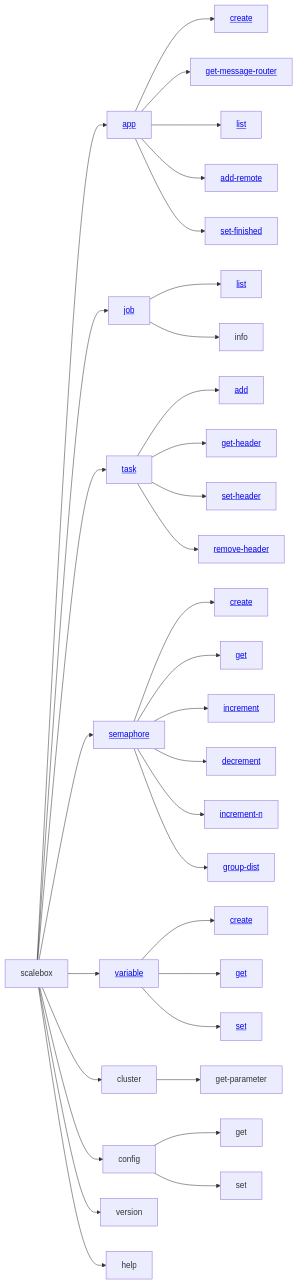
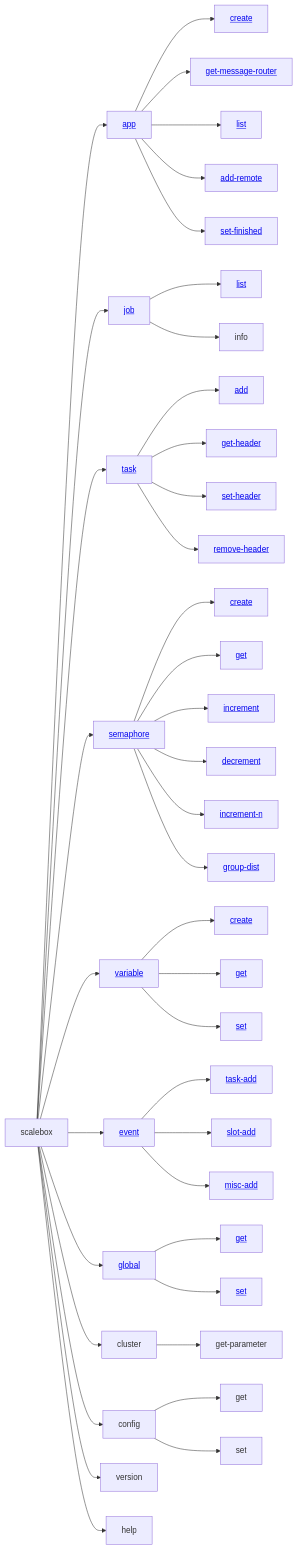
The diagram in docs/zh_CN/source/appendix/cmdline.md (kaichao/scalebox), drawn with Mermaid before and after one commit. The commit also changed other lines of this file and 3 other files, not shown here.

````diff
--- a/docs/zh_CN/source/appendix/cmdline.md
+++ b/docs/zh_CN/source/appendix/cmdline.md
@@ -31,45 +31,54 @@
 ```{mermaid}
 
 graph LR
   scalebox --> app[<a href="#app">app</a>]
   app --> app-create[<a href="#app-create">create</a>]
   app --> get-message-router[<a href="#app-get-message-router">get-message-router</a>]
   app --> app-list[<a href="#app-list">list</a>]
   app --> app-add-remote[<a href="#app-add-remote">add-remote</a>]
   app --> app-set-finished[<a href="#app-set-finished">set-finished</a>]
 
   scalebox --> job[<a href="#job">job</a>]
   job --> job-list[<a href="#job-list">list</a>]
   job --> job-info[info]
 
   scalebox --> task[<a href="#task">task</a>]
   task --> task-add[<a href="#task-add">add</a>]
   task --> task-get-header[<a href="#task-get-header">get-header</a>]
   task --> task-set-header[<a href="#task-set-header">set-header</a>]
   task --> task-remove-header[<a href="#task-remove-header">remove-header</a>]
 
   scalebox --> semaphore[<a href="#semaphore">semaphore</a>]
   semaphore --> sema-create[<a href="#semaphore-create">create</a>]
   semaphore --> semaphore-get[<a href="#semaphore-get">get</a>]
   semaphore --> increment[<a href="#semaphore-increment">increment</a>]
   semaphore --> decrement[<a href="#semaphore-decrement">decrement</a>]
   semaphore --> increment-n[<a href="#semaphore-increment">increment-n</a>]
   semaphore --> semaphore-group-dist[<a href="#semaphore-group-dist">group-dist</a>]
 
   scalebox --> variable[<a href="#variable">variable</a>]
   variable --> variable-create[<a href="#variable-create">create</a>]
   variable --> variable-get[<a href="#variable-get">get</a>]
   variable --> variable-set[<a href="#variable-set">set</a>]
 
+  scalebox --> event[<a href="#event">event</a>]
+  event --> event-task-add[<a href="#event-task-add">task-add</a>]
+  event --> event-slot-add[<a href="#event-slot-add">slot-add</a>]
+  event --> event-misc-add[<a href="#event-misc-add">misc-add</a>]
+
+  scalebox --> global[<a href="#global">global</a>]
+  global --> global-get[<a href="#global-get">get</a>]
+  global --> global-set[<a href="#global-set">set</a>]
+
   scalebox --> cluster
   cluster --> get-parameter
 
   scalebox --> config
   config --> config-get[get]
   config --> config-set[set]  
 
   scalebox --> version
 
   scalebox --> help
 
 ```
````
